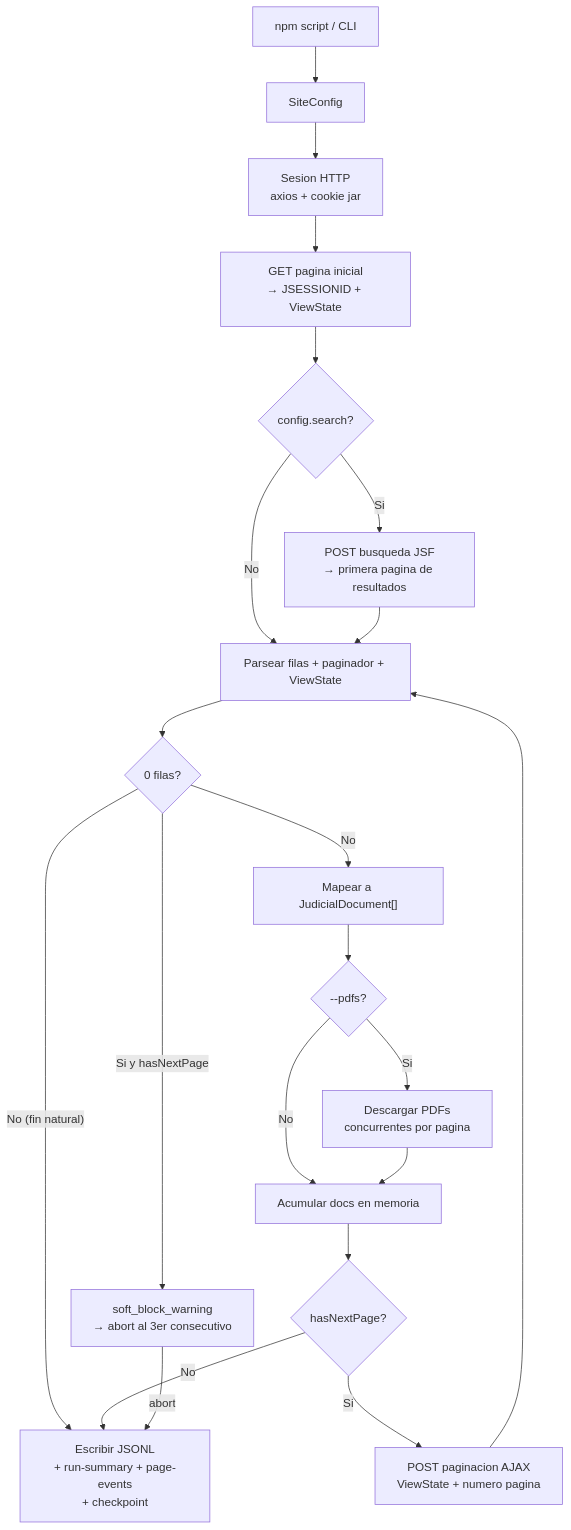
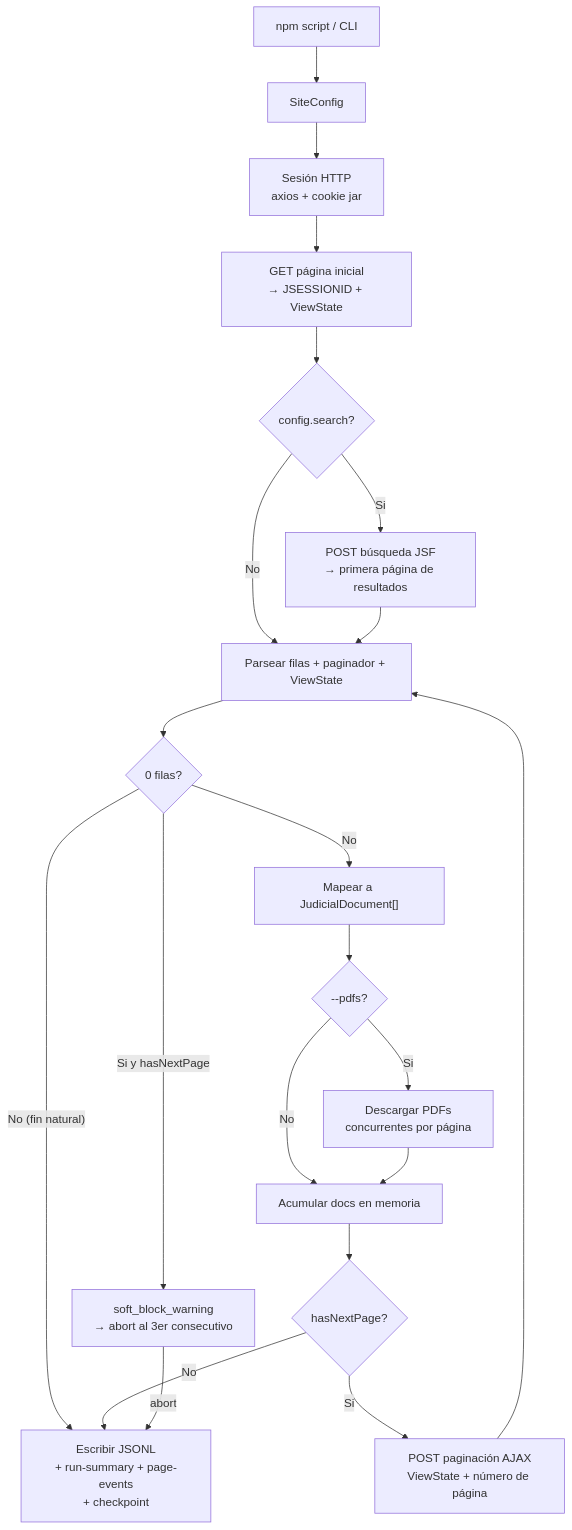
Before and after one commit to GatoProgramador-01/pj-peru-scraper: the diagram in README.md, drawn with Mermaid. The commit also changed other lines of this file, not shown here.

````diff
--- a/README.md
+++ b/README.md
@@ -214,24 +214,24 @@
 ```mermaid
 flowchart TD
     CLI["npm script / CLI"] --> Config["SiteConfig"]
-    Config --> Session["Sesion HTTP\naxios + cookie jar"]
-    Session --> GET["GET pagina inicial\n→ JSESSIONID + ViewState"]
+    Config --> Session["Sesión HTTP\naxios + cookie jar"]
+    Session --> GET["GET página inicial\n→ JSESSIONID + ViewState"]
     GET --> Search{"config.search?"}
-    Search -->|Si| SearchPOST["POST busqueda JSF\n→ primera pagina de resultados"]
+    Search -->|Si| SearchPOST["POST búsqueda JSF\n→ primera página de resultados"]
     Search -->|No| Parse
     SearchPOST --> Parse["Parsear filas + paginador + ViewState"]
     Parse --> Empty{"0 filas?"}
     Empty -->|"Si y hasNextPage"| SoftBlock["soft_block_warning\n→ abort al 3er consecutivo"]
     Empty -->|"No (fin natural)"| Output
     Empty -->|No| MapDocs["Mapear a JudicialDocument[]"]
     MapDocs --> Pdfs{"--pdfs?"}
-    Pdfs -->|Si| Download["Descargar PDFs\nconcurrentes por pagina"]
+    Pdfs -->|Si| Download["Descargar PDFs\nconcurrentes por página"]
     Pdfs -->|No| Collect["Acumular docs en memoria"]
     Download --> Collect
     Collect --> HasNext{"hasNextPage?"}
-    HasNext -->|Si| AJAX["POST paginacion AJAX\nViewState + numero pagina"]
+    HasNext -->|Si| AJAX["POST paginación AJAX\nViewState + número de página"]
     AJAX --> Parse
     HasNext -->|No| Output
     SoftBlock -->|abort| Output
     Output["Escribir JSONL\n+ run-summary + page-events\n+ checkpoint"]
 ```
````
